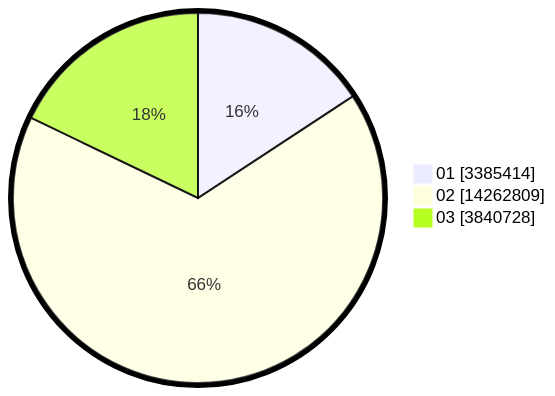
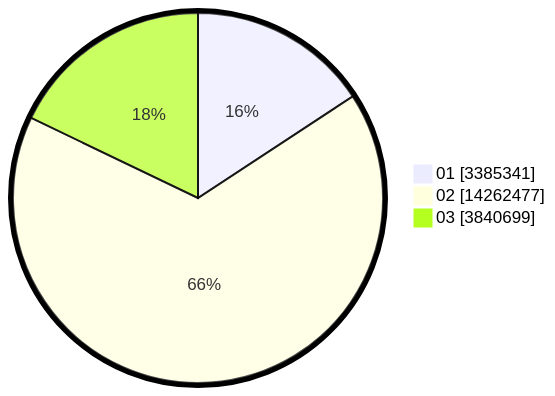
The second of 2 diagrams in pilpres/hitung-suara/sub/table-wilayah-35.md (gigit-pemilu/pemilu-2024), drawn with Mermaid before and after one commit. The commit also changed other lines of this file and 12 other files, not shown here.

````diff
--- a/pilpres/hitung-suara/sub/table-wilayah-35.md
+++ b/pilpres/hitung-suara/sub/table-wilayah-35.md
@@ -15,7 +15,7 @@
 ```mermaid
 %%{init: {"pie": {"textPosition": 0.5}, "themeVariables": {"pieOuterStrokeWidth": "5px"}} }%%
 pie showData
-    "01" : 3385414
-    "02" : 14262809
-    "03" : 3840728
+    "01" : 3385341
+    "02" : 14262477
+    "03" : 3840699
 ```
````
